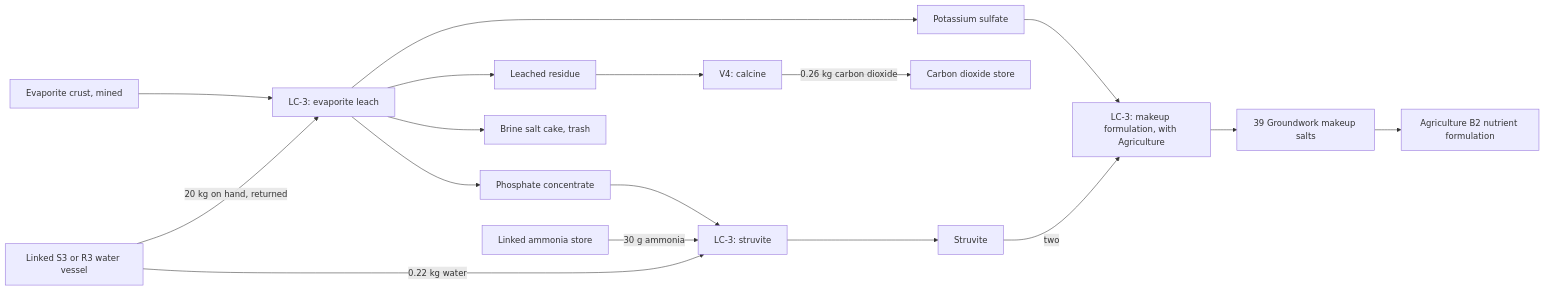
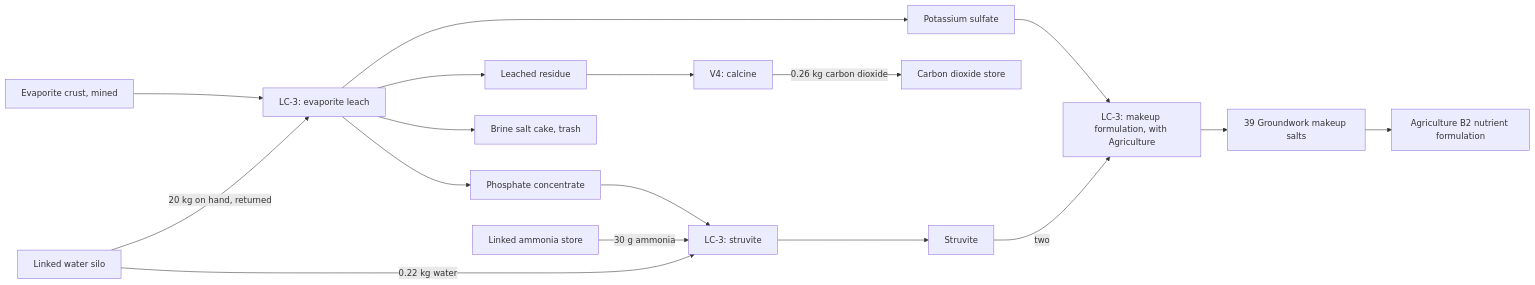
Before and after one commit to phobos-dthorga/phobos-ostranauts: the fourth of 6 diagrams in docs/manufacturing-player-guide.md, drawn with Mermaid. The commit also changed other lines of this file and 126 other files, not shown here.

First line of the commit message:
Water silo ladder in Framework, reservoirs converted: Framework 0.58.0

````diff
--- a/docs/manufacturing-player-guide.md
+++ b/docs/manufacturing-player-guide.md
@@ -284,19 +284,19 @@
 ```mermaid
 flowchart LR
     Crust["Evaporite crust, mined"] --> Leach["LC-3: evaporite leach"]
-    Water["Linked S3 or R3 water vessel"] -->|20 kg on hand, returned| Leach
+    Water["Linked water silo"] -->|20 kg on hand, returned| Leach
     Leach --> K["Potassium sulfate"]
     Leach --> P["Phosphate concentrate"]
     Leach --> R["Leached residue"]
     Leach --> Cake["Brine salt cake, trash"]
     R --> V4["V4: calcine"]
     V4 -->|0.26 kg carbon dioxide| C2["Carbon dioxide store"]
     P --> Stru["LC-3: struvite"]
     Q["Linked ammonia store"] -->|30 g ammonia| Stru
     Water -->|0.22 kg water| Stru
     Stru --> S["Struvite"]
     K --> Form["LC-3: makeup formulation, with Agriculture"]
     S -->|two| Form
     Form --> Salts["39 Groundwork makeup salts"]
     Salts --> B2["Agriculture B2 nutrient formulation"]
 ```
````
